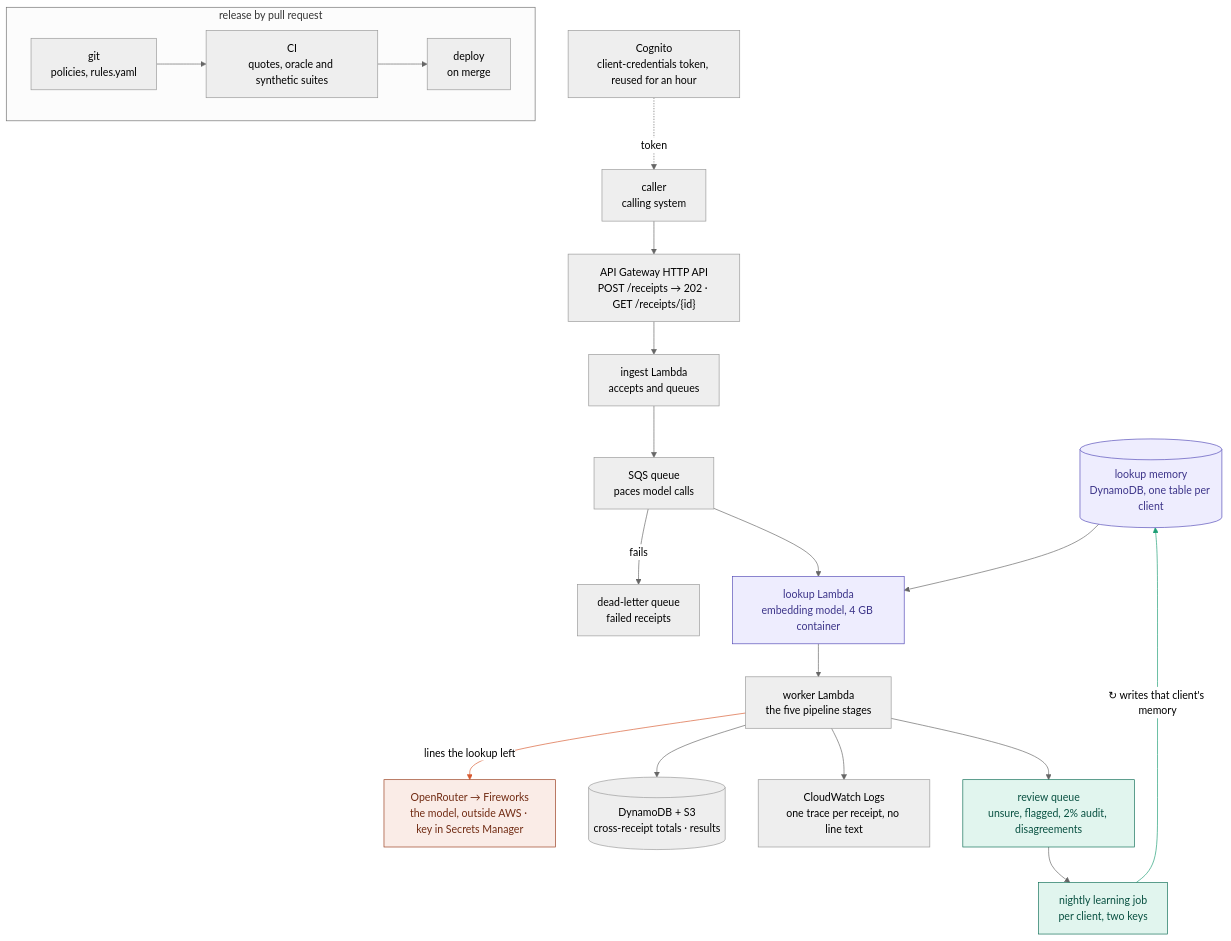
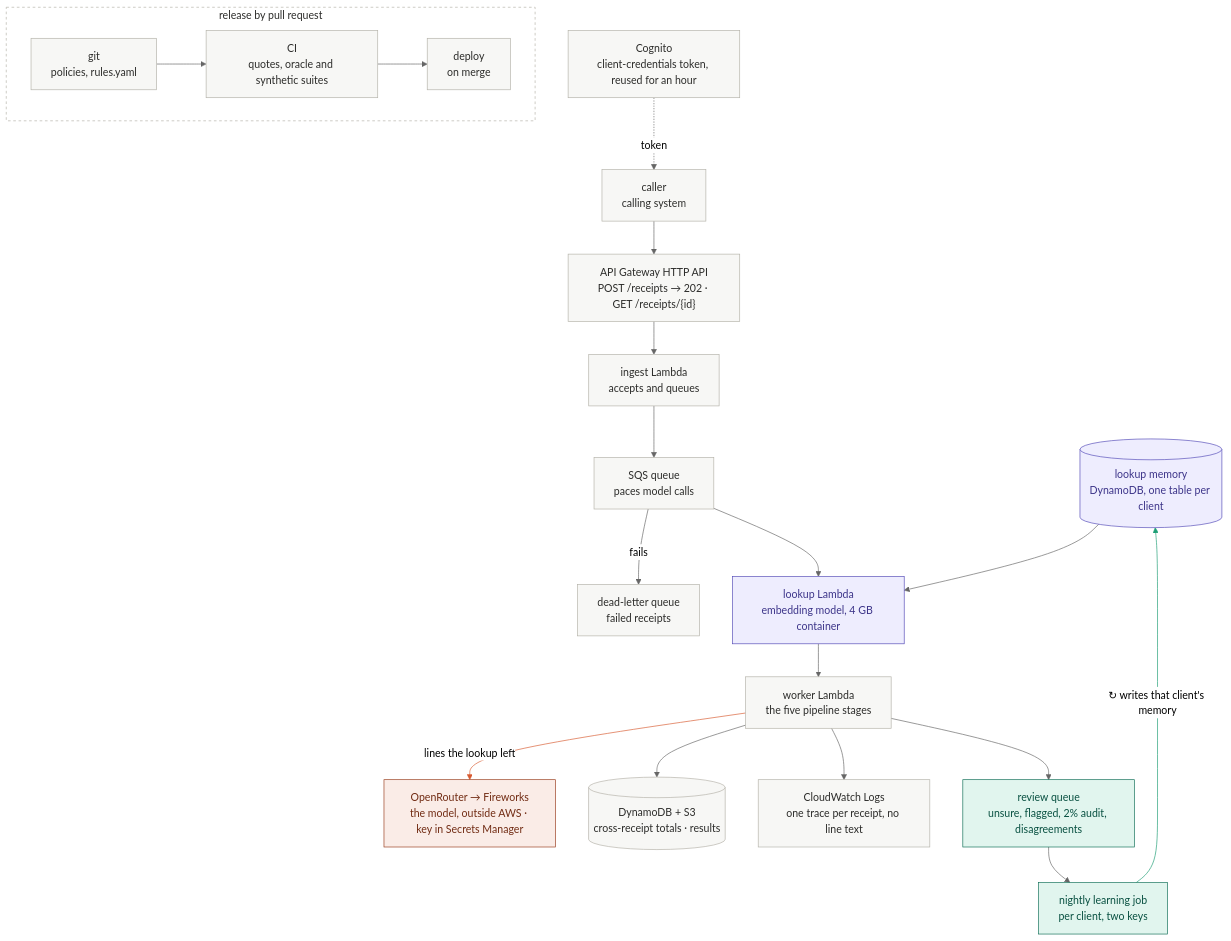
The diagram in docs/aws-design.md (laasyaaprasad/expense-policy-validator), drawn with Mermaid (neutral theme) before and after one commit. The commit also changed 3 other files, not shown here.

First line of the commit message:
Give the Mermaid diagrams neutral boxes so only the colour key stands out

````diff
--- a/docs/aws-design.md
+++ b/docs/aws-design.md
@@ -3,30 +3,32 @@
 ```mermaid
 flowchart TB
     MEM[("lookup memory<br/>DynamoDB, one table per client")]
     COG["Cognito<br/>client-credentials token, reused for an hour"] -. "token" .-> C["caller<br/>calling system"]
     C --> API["API Gateway HTTP API<br/>POST /receipts → 202 · GET /receipts/{id}"]
     API --> ING["ingest Lambda<br/>accepts and queues"]
     ING --> Q["SQS queue<br/>paces model calls"]
     Q -- "fails" --> DLQ["dead-letter queue<br/>failed receipts"]
     Q --> LK["lookup Lambda<br/>embedding model, 4 GB container"]
     MEM --> LK
     LK --> W["worker Lambda<br/>the five pipeline stages"]
     W -- "lines the lookup left" --> OR["OpenRouter → Fireworks<br/>the model, outside AWS · key in Secrets Manager"]
     W --> ST[("DynamoDB + S3<br/>cross-receipt totals · results")]
     W --> LOG["CloudWatch Logs<br/>one trace per receipt, no line text"]
     W --> RQ["review queue<br/>unsure, flagged, 2% audit, disagreements"]
     RQ --> LJ["nightly learning job<br/>per client, two keys"]
     LJ -- "↻ writes that client's memory" --> MEM
     subgraph release["release by pull request"]
         direction LR
         GIT["git<br/>policies, rules.yaml"] --> CI["CI<br/>quotes, oracle and synthetic suites"] --> DEP["deploy<br/>on merge"]
     end
+    classDef default fill:#F7F7F5,stroke:#B4B2A9,color:#2C2C2A
     classDef ai fill:#FAECE7,stroke:#993C1D,color:#712B13
     classDef lookup fill:#EEEDFE,stroke:#534AB7,color:#3C3489
     classDef people fill:#E1F5EE,stroke:#0F6E56,color:#085041
     class OR ai
     class LK,MEM lookup
     class RQ,LJ people
+    style release fill:#FFFFFF,stroke:#B4B2A9,stroke-dasharray:4 4,color:#2C2C2A
     linkStyle 8 stroke:#D85A30
     linkStyle 13 stroke:#1D9E75
 ```
````
